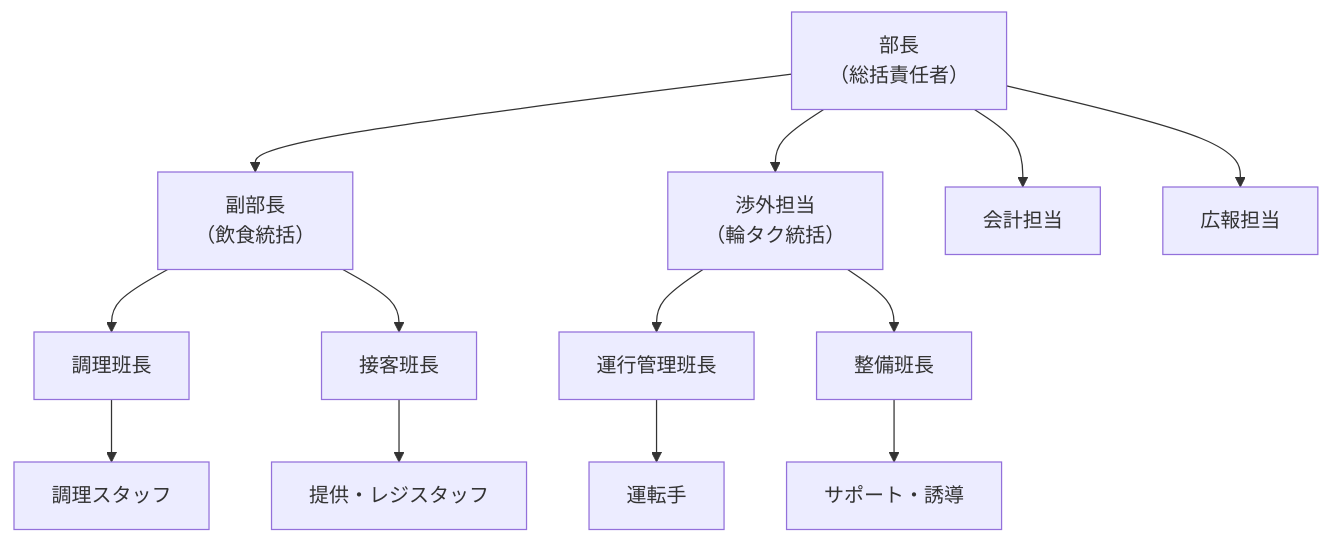
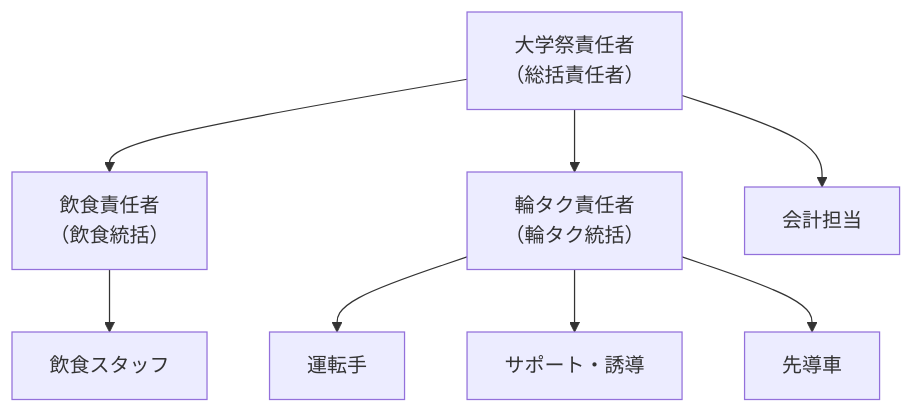
The diagram in introduction/organization.mdx (take-bikes/docs), drawn with Mermaid before and after one commit. The commit also changed other lines of this file and 4 other files, not shown here.

````diff
--- a/introduction/organization.mdx
+++ b/introduction/organization.mdx
@@ -18,17 +18,11 @@
 ```mermaid
 graph TD
-    A[部長<br>（総括責任者）] --> B[副部長<br>（飲食統括）]
-    A --> C[渉外担当<br>（輪タク統括）]
+    A[大学祭責任者<br>（総括責任者）] --> B[飲食責任者<br>（飲食統括）]
+    A --> C[輪タク責任者<br>（輪タク統括）]
     A --> D[会計担当]
-    A --> E[広報担当]
 
-    B --> B1[調理班長]
-    B --> B2[接客班長]
-    B1 --> B1a[調理スタッフ]
-    B2 --> B2a[提供・レジスタッフ]
-
-    C --> C1[運行管理班長]
-    C --> C2[整備班長]
-    C1 --> C1a[運転手]
-    C2 --> C2a[サポート・誘導]
+    B --> B1[飲食スタッフ]
+    C --> C1[運転手]
+    C --> C2[サポート・誘導]
+    C --> C3[先導車]
 ```
````
